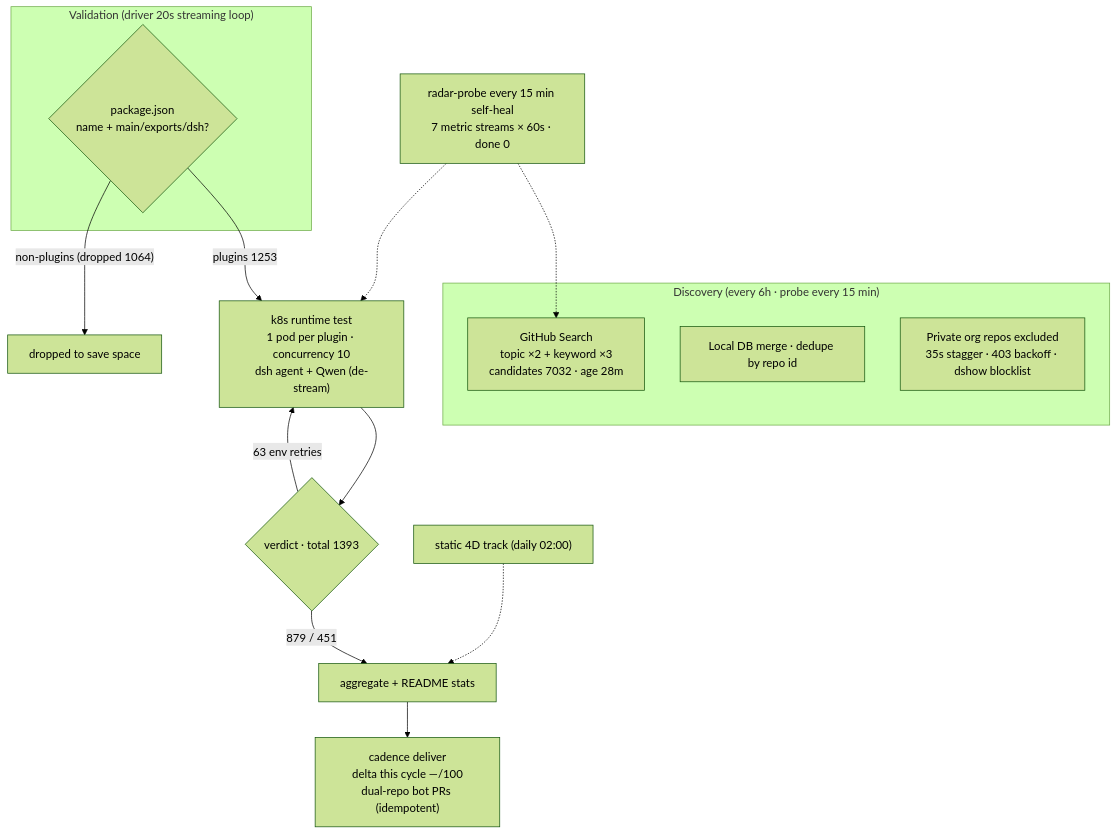
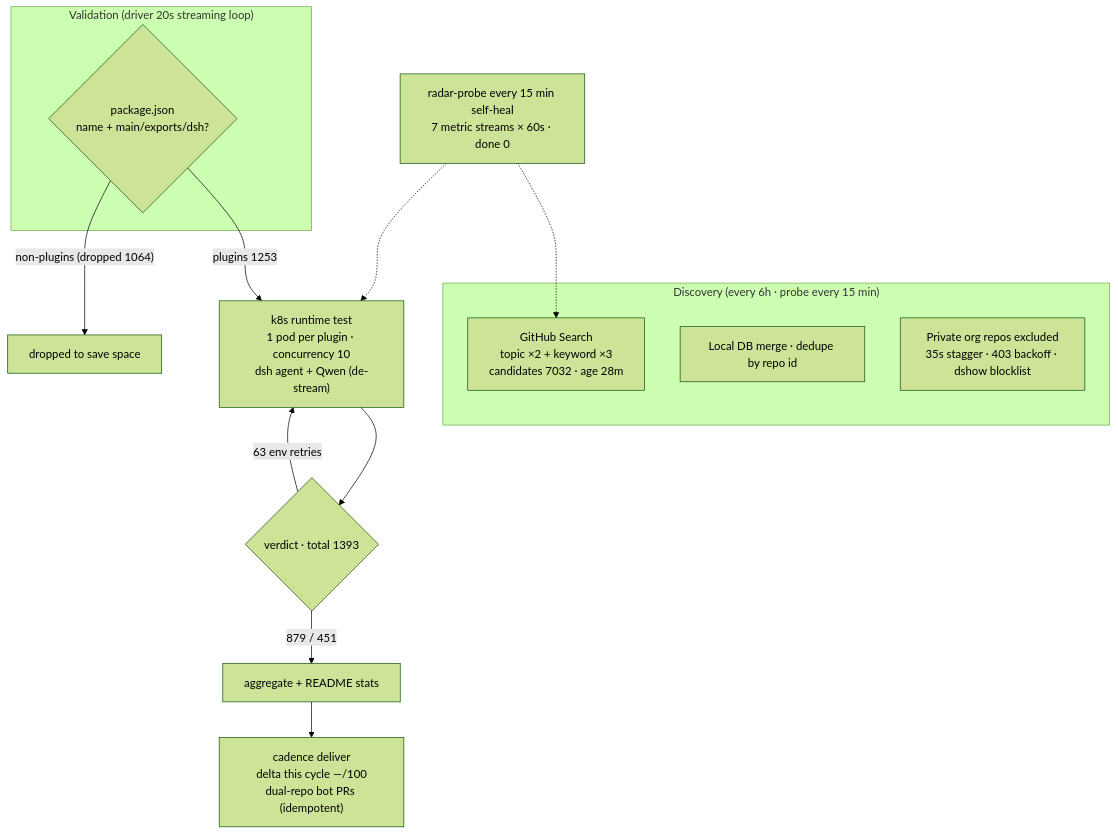
Before and after one commit to AdamPlatin123/awesome-dsh-plugins: the diagram in README.en-US.md, drawn with Mermaid (forest theme). The commit also changed other lines of this file and 2 other files, not shown here.

Commit message:
fix(radar): 生态快照删僵尸行（静态轨 08-13 化石与 PR 遗留值，快照字段恒空不再产出）+ mermaid 移除静态四维轨节点；渲染器删对应死正则，遵守「缺失不沿用旧值」约定

````diff
--- a/README.en-US.md
+++ b/README.en-US.md
@@ -29,20 +29,19 @@
 ```mermaid
 flowchart TB
     subgraph Discovery[" Discovery (every 6h · probe every 15 min)"]
         A1["GitHub Search<br/>topic ×2 + keyword ×3<br/>candidates 7032 · age 28m"]
         A2["Local DB merge · dedupe by repo id"]
         A3[" Private org repos excluded<br/>35s stagger · 403 backoff · dshow blocklist"]
     end
     subgraph Validation[" Validation (driver 20s streaming loop)"]
         B1{"package.json<br/>name + main/exports/dsh?"}
     end
     B1 -->|"plugins 1253"| C1["k8s runtime test<br/>1 pod per plugin · concurrency 10<br/>dsh agent + Qwen (de-stream)"]
     B1 -->|"non-plugins (dropped 1064)"| B3[" dropped to save space"]
     C1 --> D1{"verdict · total 1393"}
     D1 -->|" 879 /  451"| E1["aggregate + README stats"]
     D1 -->|" 63 env retries"| C1
     E1 --> E2["cadence deliver<br/>delta this cycle —/100<br/>dual-repo bot PRs (idempotent)"]
-    S[" static 4D track (daily 02:00)"] -.-> E1
     M[" radar-probe every 15 min self-heal<br/>7 metric streams × 60s · done 0"] -.-> A1
     M -.-> C1
 ```
````
